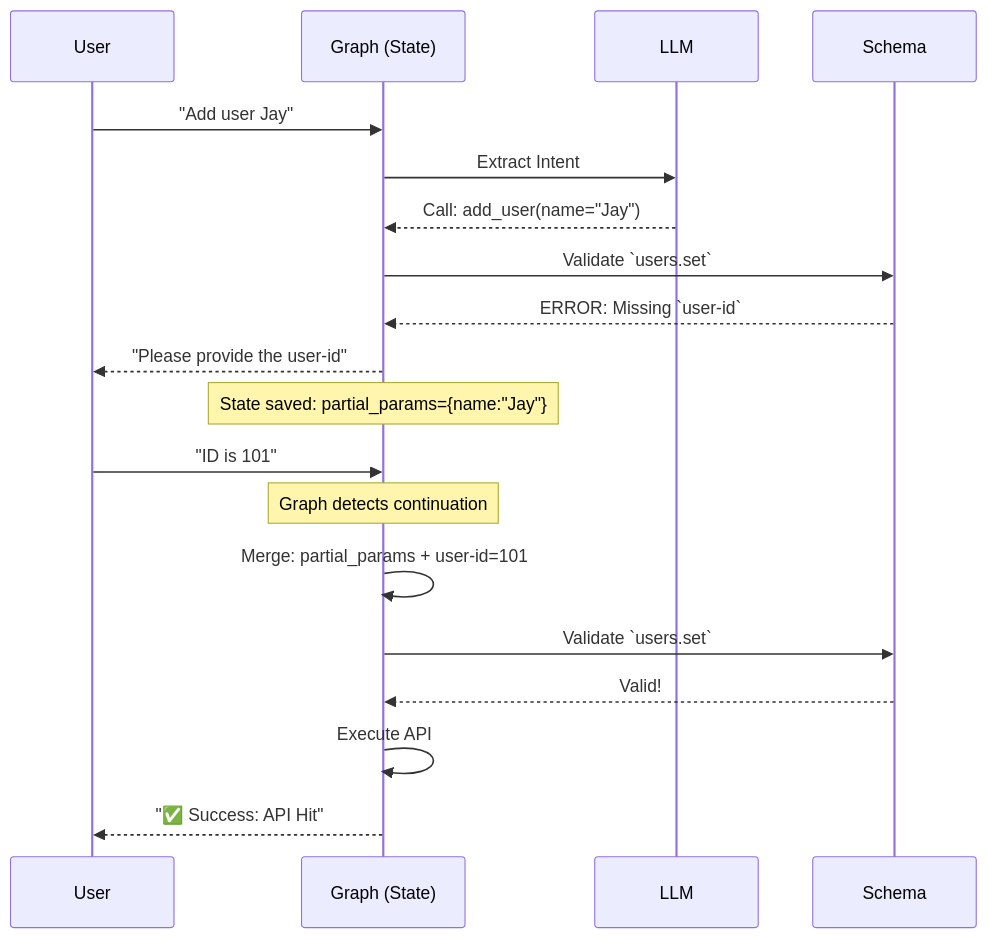
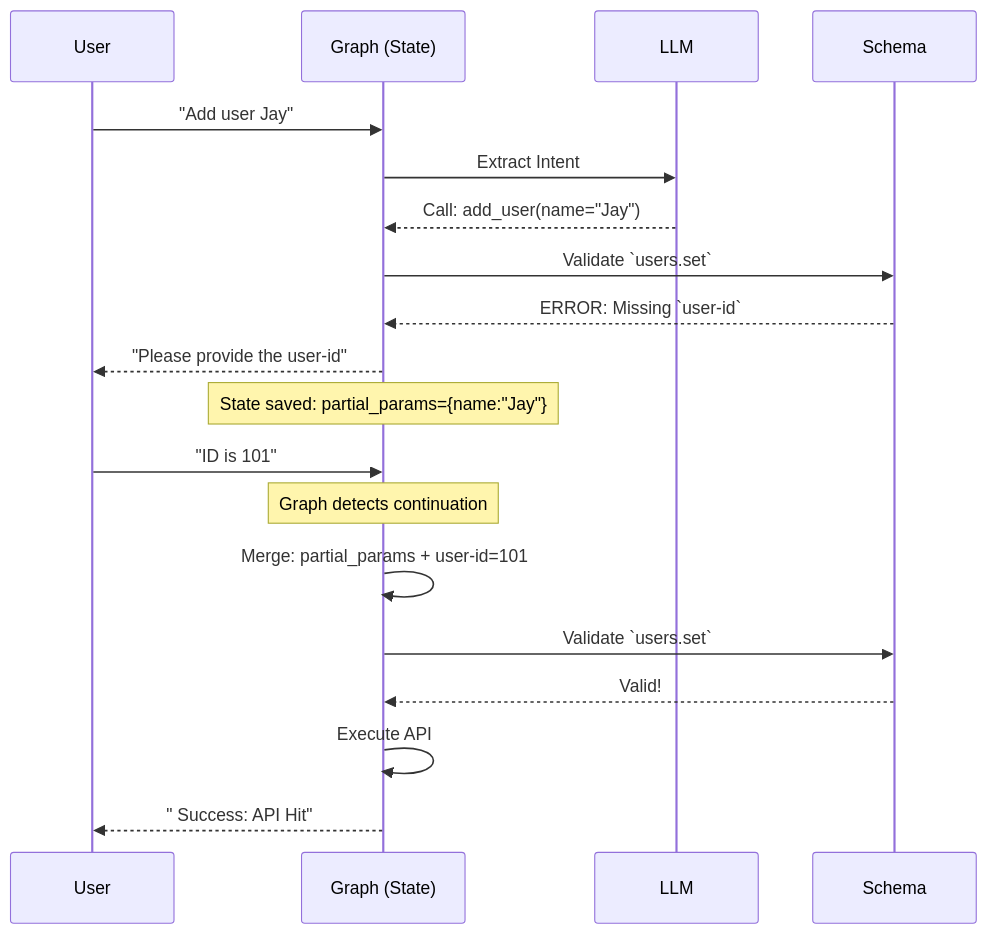
The third of 3 diagrams in README.md (Jayvasoya1/cosec_ai_copilot), drawn with Mermaid before and after one commit. The commit also changed other lines of this file and 17 other files, not shown here.

````diff
--- a/README.md
+++ b/README.md
@@ -106,27 +106,27 @@
 ```mermaid
 sequenceDiagram
     participant U as User
     participant G as Graph (State)
     participant L as LLM
     participant S as Schema
 
     U->>G: "Add user Jay"
     G->>L: Extract Intent
     L-->>G: Call: add_user(name="Jay")
     
     G->>S: Validate `users.set`
     S-->>G: ERROR: Missing `user-id`
     
     G-->>U: "Please provide the user-id"
     note over G: State saved: partial_params={name:"Jay"}
     
     U->>G: "ID is 101"
     note over G: Graph detects continuation
     G->>G: Merge: partial_params + user-id=101
     
     G->>S: Validate `users.set`
     S-->>G: Valid!
     
     G->>G: Execute API
-    G-->>U: "✅ Success: API Hit"
+    G-->>U: " Success: API Hit"
 ```
````
